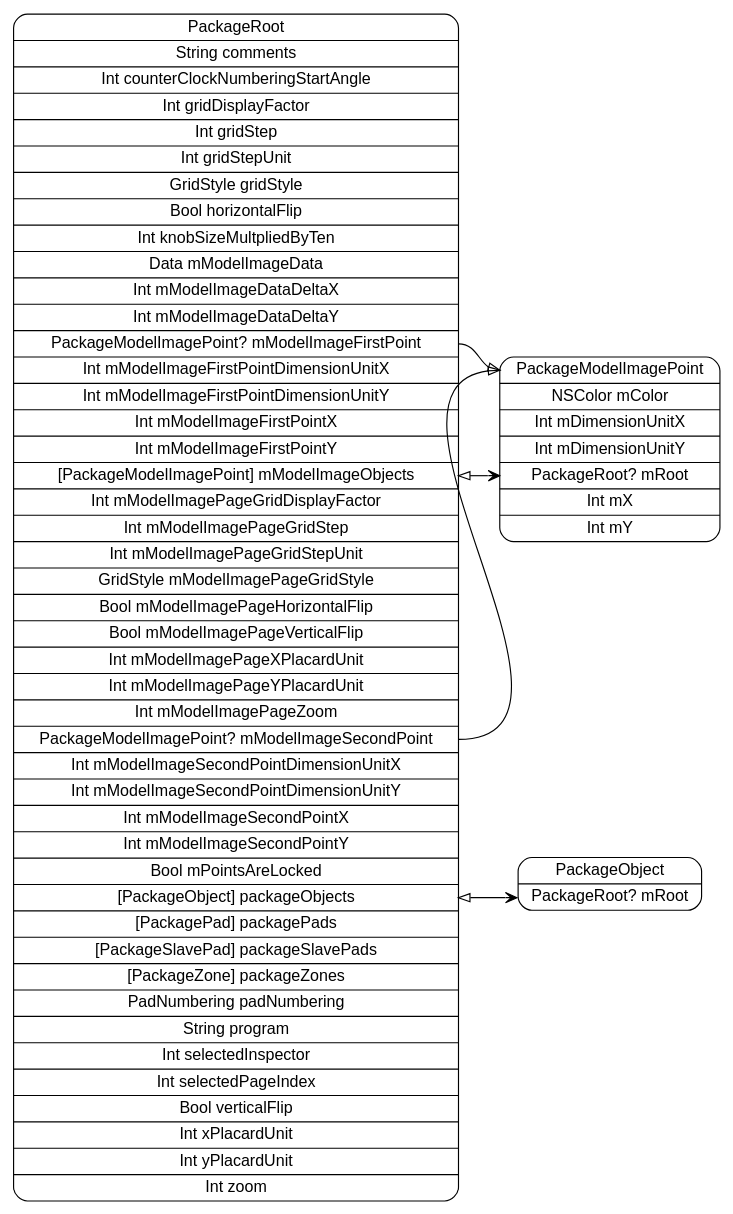
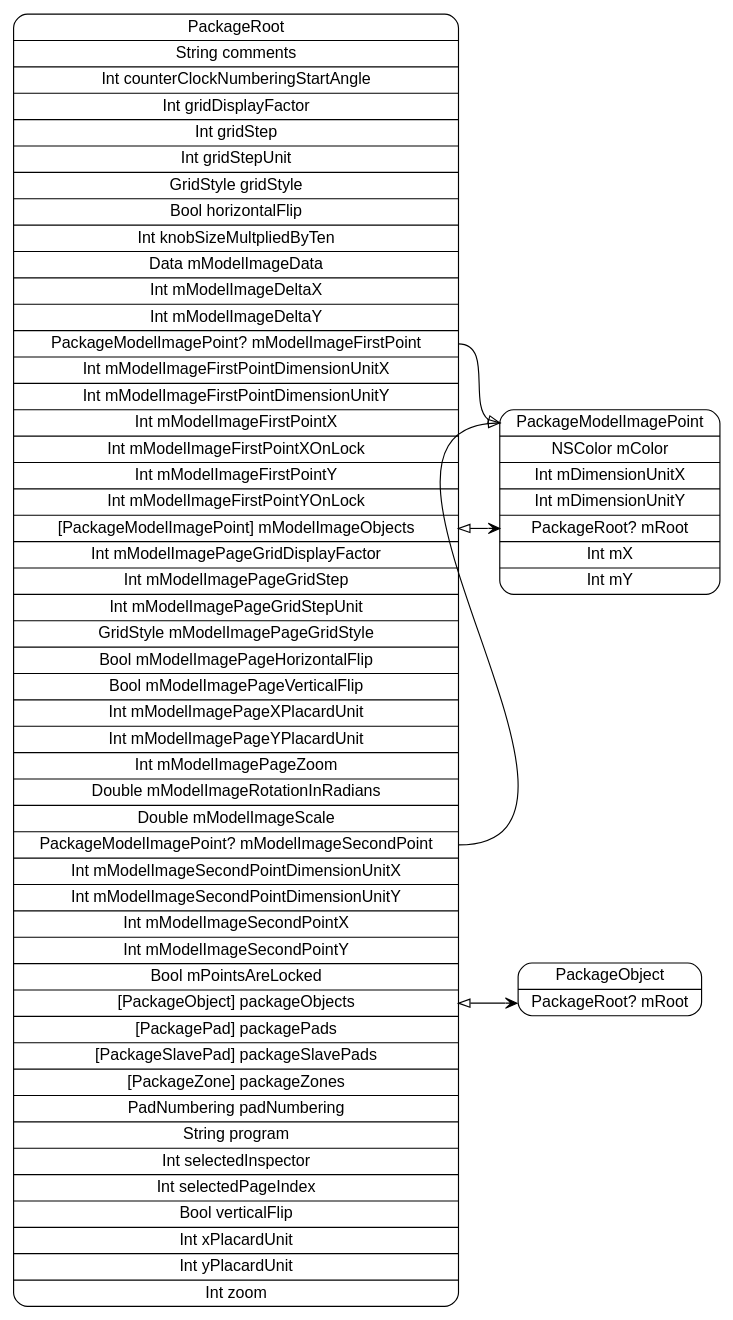
The diagram in models/PackageRoot.dot (pierremolinaro/ElCanari-dev), drawn with Graphviz before and after one commit. The commit also changed 15 other files, not shown here.

Commit message:
Package : model image, continued

```diff
--- a/models/PackageRoot.dot
+++ b/models/PackageRoot.dot
@@ -1,11 +1,11 @@
 digraph G {
   rankdir=LR ;
   node [shape=record fontname=helvetica style=rounded] ;
-  PackageRoot[label="<PackageRoot>PackageRoot|String comments|Int counterClockNumberingStartAngle|Int gridDisplayFactor|Int gridStep|Int gridStepUnit|GridStyle gridStyle|Bool horizontalFlip|Int knobSizeMultpliedByTen|Data mModelImageData|Int mModelImageDataDeltaX|Int mModelImageDataDeltaY|<mModelImageFirstPoint>PackageModelImagePoint? mModelImageFirstPoint|Int mModelImageFirstPointDimensionUnitX|Int mModelImageFirstPointDimensionUnitY|Int mModelImageFirstPointX|Int mModelImageFirstPointY|<mModelImageObjects>[PackageModelImagePoint] mModelImageObjects|Int mModelImagePageGridDisplayFactor|Int mModelImagePageGridStep|Int mModelImagePageGridStepUnit|GridStyle mModelImagePageGridStyle|Bool mModelImagePageHorizontalFlip|Bool mModelImagePageVerticalFlip|Int mModelImagePageXPlacardUnit|Int mModelImagePageYPlacardUnit|Int mModelImagePageZoom|<mModelImageSecondPoint>PackageModelImagePoint? mModelImageSecondPoint|Int mModelImageSecondPointDimensionUnitX|Int mModelImageSecondPointDimensionUnitY|Int mModelImageSecondPointX|Int mModelImageSecondPointY|Bool mPointsAreLocked|<packageObjects>[PackageObject] packageObjects|<packagePads>[PackagePad] packagePads|<packageSlavePads>[PackageSlavePad] packageSlavePads|<packageZones>[PackageZone] packageZones|PadNumbering padNumbering|String program|Int selectedInspector|Int selectedPageIndex|Bool verticalFlip|Int xPlacardUnit|Int yPlacardUnit|Int zoom"] ;
+  PackageRoot[label="<PackageRoot>PackageRoot|String comments|Int counterClockNumberingStartAngle|Int gridDisplayFactor|Int gridStep|Int gridStepUnit|GridStyle gridStyle|Bool horizontalFlip|Int knobSizeMultpliedByTen|Data mModelImageData|Int mModelImageDeltaX|Int mModelImageDeltaY|<mModelImageFirstPoint>PackageModelImagePoint? mModelImageFirstPoint|Int mModelImageFirstPointDimensionUnitX|Int mModelImageFirstPointDimensionUnitY|Int mModelImageFirstPointX|Int mModelImageFirstPointXOnLock|Int mModelImageFirstPointY|Int mModelImageFirstPointYOnLock|<mModelImageObjects>[PackageModelImagePoint] mModelImageObjects|Int mModelImagePageGridDisplayFactor|Int mModelImagePageGridStep|Int mModelImagePageGridStepUnit|GridStyle mModelImagePageGridStyle|Bool mModelImagePageHorizontalFlip|Bool mModelImagePageVerticalFlip|Int mModelImagePageXPlacardUnit|Int mModelImagePageYPlacardUnit|Int mModelImagePageZoom|Double mModelImageRotationInRadians|Double mModelImageScale|<mModelImageSecondPoint>PackageModelImagePoint? mModelImageSecondPoint|Int mModelImageSecondPointDimensionUnitX|Int mModelImageSecondPointDimensionUnitY|Int mModelImageSecondPointX|Int mModelImageSecondPointY|Bool mPointsAreLocked|<packageObjects>[PackageObject] packageObjects|<packagePads>[PackagePad] packagePads|<packageSlavePads>[PackageSlavePad] packageSlavePads|<packageZones>[PackageZone] packageZones|PadNumbering padNumbering|String program|Int selectedInspector|Int selectedPageIndex|Bool verticalFlip|Int xPlacardUnit|Int yPlacardUnit|Int zoom"] ;
   PackageObject[label="<PackageObject>PackageObject|<mRoot>PackageRoot? mRoot"] ;
   PackageModelImagePoint[label="<PackageModelImagePoint>PackageModelImagePoint|NSColor mColor|Int mDimensionUnitX|Int mDimensionUnitY|<mRoot>PackageRoot? mRoot|Int mX|Int mY"] ;
   PackageRoot:mModelImageFirstPoint -> PackageModelImagePoint:PackageModelImagePoint [dir=both arrowtail=none arrowhead=onormal] ;
   PackageRoot:mModelImageObjects -> PackageModelImagePoint:mRoot [dir=both arrowtail=onormal arrowhead=vee] ;
   PackageRoot:mModelImageSecondPoint -> PackageModelImagePoint:PackageModelImagePoint [dir=both arrowtail=none arrowhead=onormal] ;
   PackageRoot:packageObjects -> PackageObject:mRoot [dir=both arrowtail=onormal arrowhead=vee] ;
 }
```
